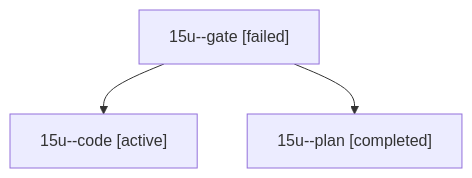
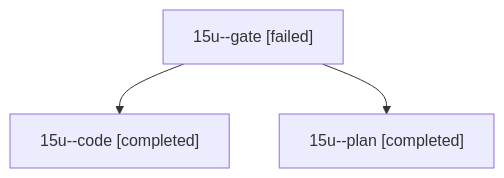
Before and after one commit to bobs-org/bob-cli--agents: the diagram in sessions/bbugyi200.athena.15u.md, drawn with Mermaid. The commit also changed other lines of this file and 33 other files, not shown here.

````diff
--- a/sessions/bbugyi200.athena.15u.md
+++ b/sessions/bbugyi200.athena.15u.md
@@ -9,8 +9,8 @@
 ```mermaid
 flowchart TD
   n0["15u--gate [failed]"]
-  n1["15u--code [active]"]
+  n1["15u--code [completed]"]
   n0 --> n1
   n2["15u--plan [completed]"]
   n0 --> n2
 ```
````
